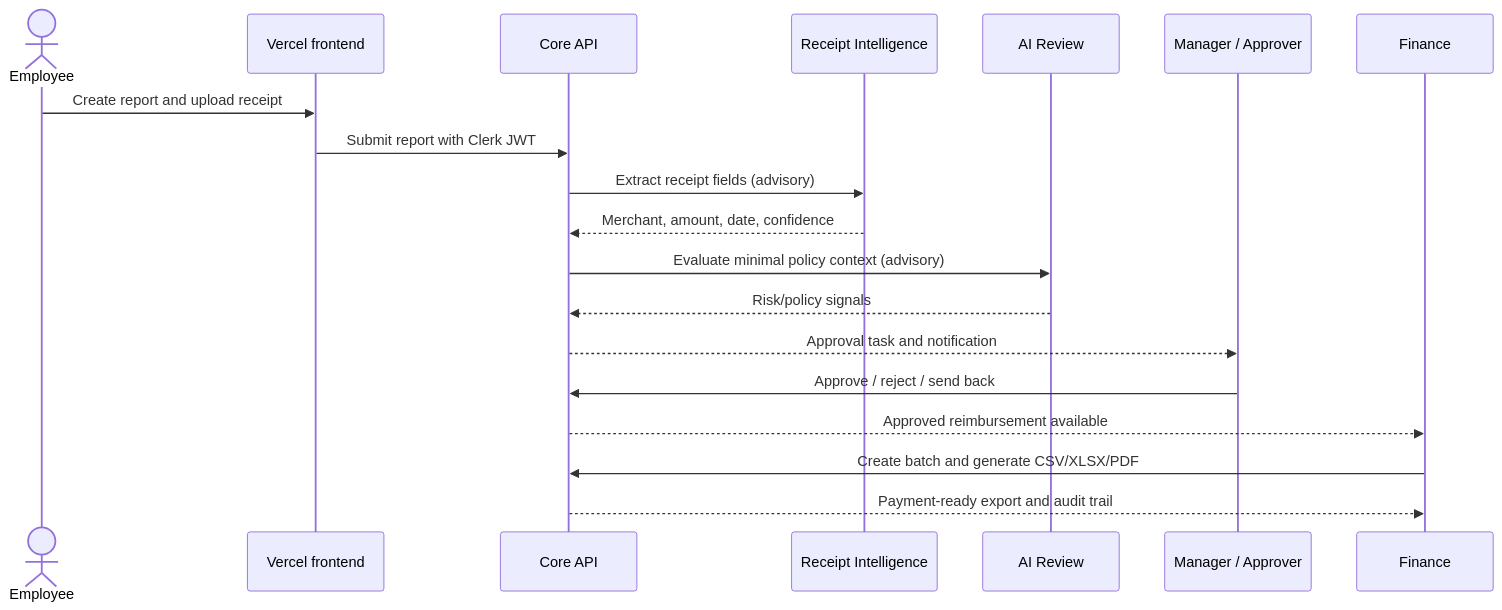
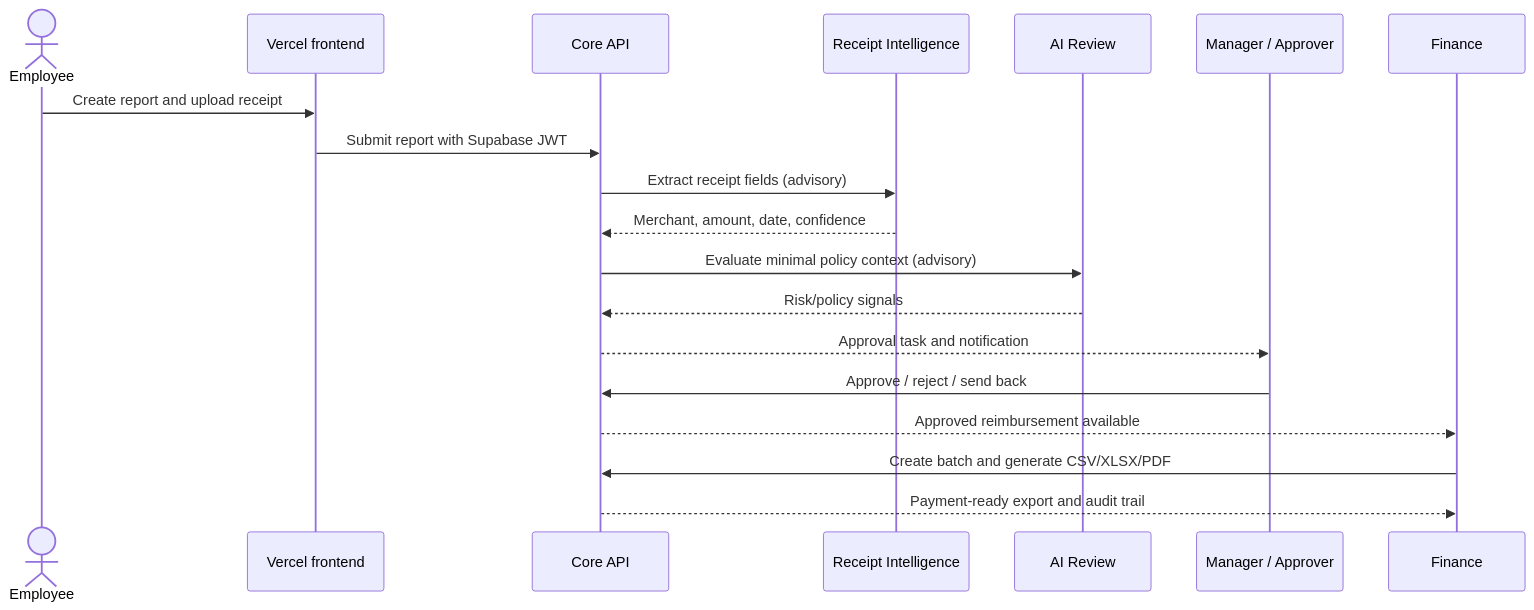
The third of 5 diagrams in README.md (Shreesh-Sree/presidio_reimbursement_approval_tool), drawn with Mermaid before and after one commit. The commit also changed other lines of this file, not shown here.

First line of the commit message:
docs: rewrite README for current architecture

````diff
--- a/README.md
+++ b/README.md
@@ -137,22 +135,22 @@
 ```mermaid
 sequenceDiagram
     actor Employee
     participant UI as Vercel frontend
     participant API as Core API
     participant OCR as Receipt Intelligence
     participant AI as AI Review
     participant Manager as Manager / Approver
     participant Finance as Finance
 
     Employee->>UI: Create report and upload receipt
-    UI->>API: Submit report with Clerk JWT
+    UI->>API: Submit report with Supabase JWT
     API->>OCR: Extract receipt fields (advisory)
     OCR-->>API: Merchant, amount, date, confidence
     API->>AI: Evaluate minimal policy context (advisory)
     AI-->>API: Risk/policy signals
     API-->>Manager: Approval task and notification
     Manager->>API: Approve / reject / send back
     API-->>Finance: Approved reimbursement available
     Finance->>API: Create batch and generate CSV/XLSX/PDF
     API-->>Finance: Payment-ready export and audit trail
 ```
````
